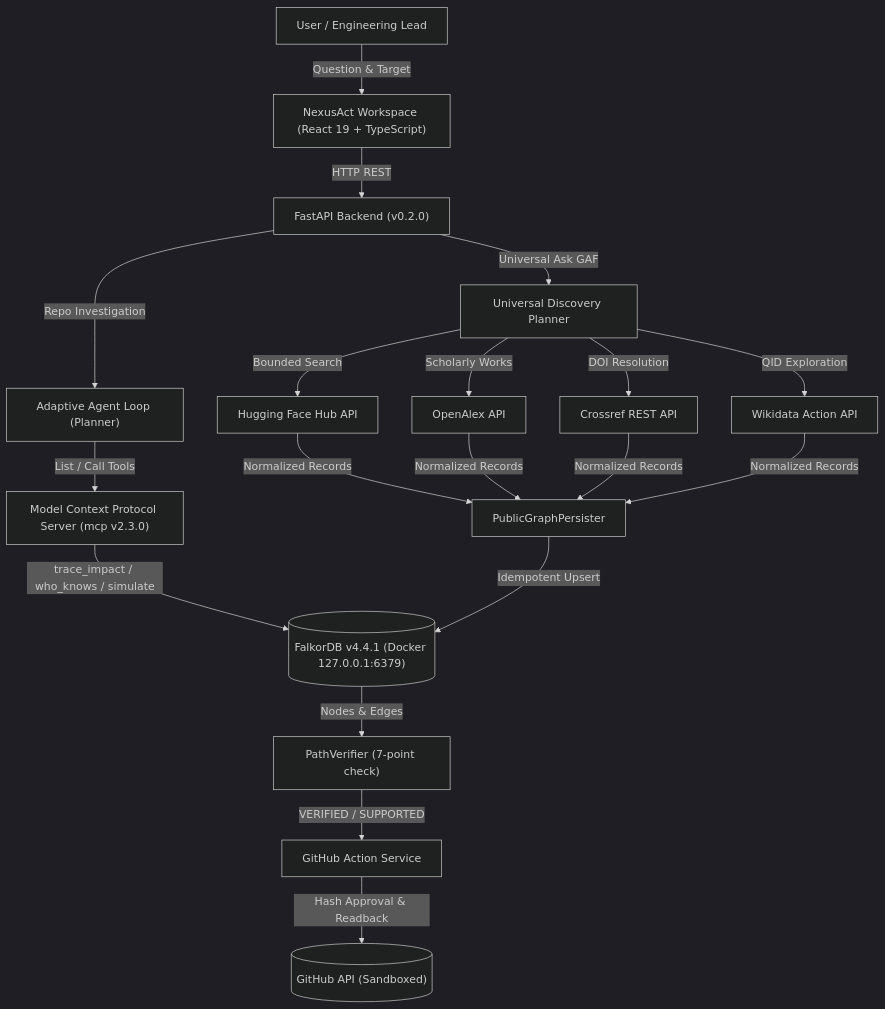
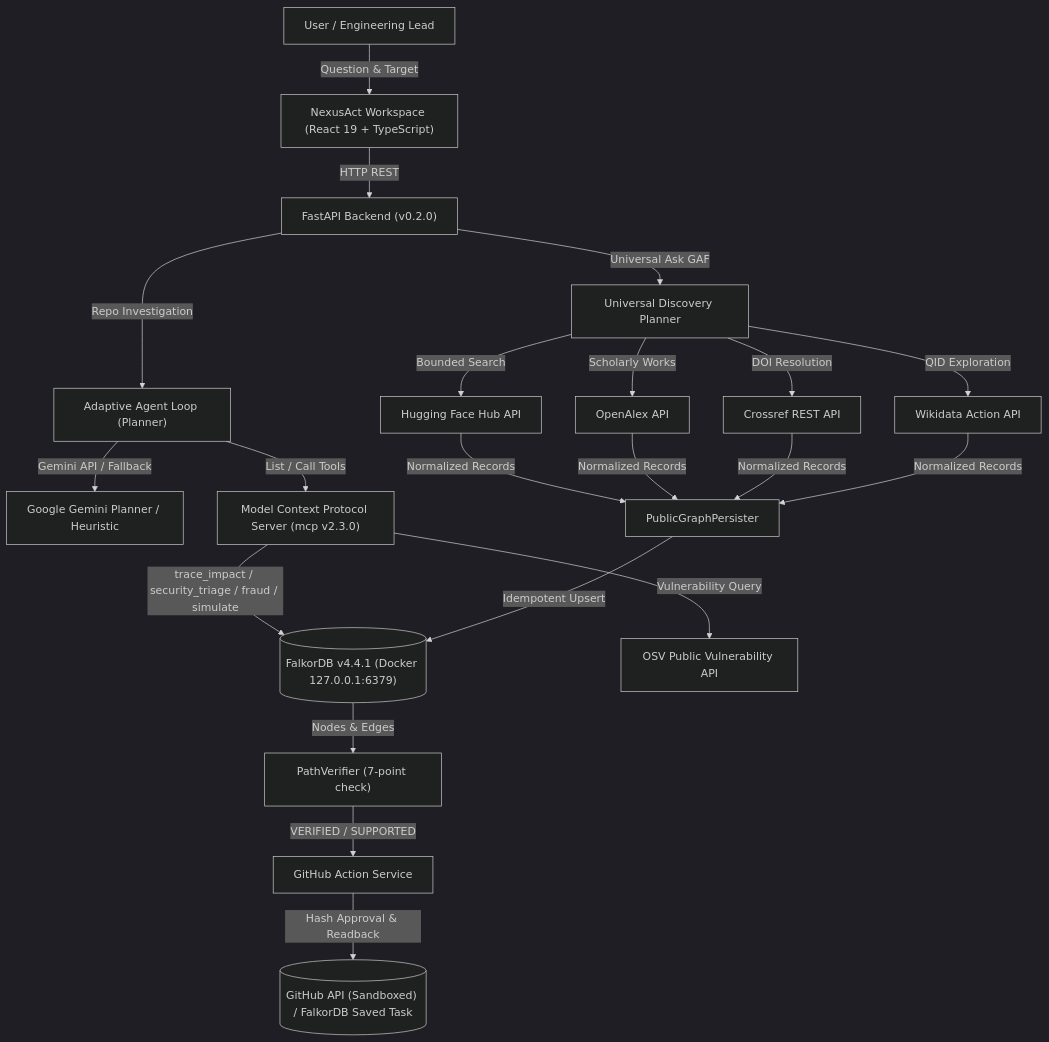
The diagram in README.md (VishwanathArchakMR/NexusAct), drawn with Mermaid (dark theme) before and after one commit. The commit also changed other lines of this file and 19 other files, not shown here.

Commit message:
feat(phase13): graph-grounded investigations, OSV security triage, synthetic fraud demo, Gemini planning, and safe action persistence

````diff
--- a/README.md
+++ b/README.md
@@ -41,22 +41,25 @@
 ```mermaid
 graph TD
     User["User / Engineering Lead"] -->|Question & Target| Workspace["NexusAct Workspace (React 19 + TypeScript)"]
     Workspace -->|HTTP REST| API["FastAPI Backend (v0.2.0)"]
     API -->|Repo Investigation| Agent["Adaptive Agent Loop (Planner)"]
     API -->|Universal Ask GAF| Discovery["Universal Discovery Planner"]
     
+    Agent -->|Gemini API / Fallback| LLM["Google Gemini Planner / Heuristic"]
     Agent -->|List / Call Tools| MCP["Model Context Protocol Server (mcp v2.3.0)"]
-    MCP -->|trace_impact / who_knows / simulate| FalkorDB[("FalkorDB v4.4.1 (Docker 127.0.0.1:6379)")]
+    MCP -->|trace_impact / security_triage / fraud / simulate| FalkorDB[("FalkorDB v4.4.1 (Docker 127.0.0.1:6379)")]
+    
+    MCP -->|Vulnerability Query| OSV["OSV Public Vulnerability API"]
     
     Discovery -->|Bounded Search| HF["Hugging Face Hub API"]
     Discovery -->|Scholarly Works| OA["OpenAlex API"]
     Discovery -->|DOI Resolution| CR["Crossref REST API"]
     Discovery -->|QID Exploration| WD["Wikidata Action API"]
     
     HF & OA & CR & WD -->|Normalized Records| Persister["PublicGraphPersister"]
     Persister -->|Idempotent Upsert| FalkorDB
     
     FalkorDB -->|Nodes & Edges| Verifier["PathVerifier (7-point check)"]
     Verifier -->|VERIFIED / SUPPORTED| Action["GitHub Action Service"]
-    Action -->|Hash Approval & Readback| GitHub[("GitHub API (Sandboxed)")]
+    Action -->|Hash Approval & Readback| GitHub[("GitHub API (Sandboxed) / FalkorDB Saved Task")]
 ```
````
